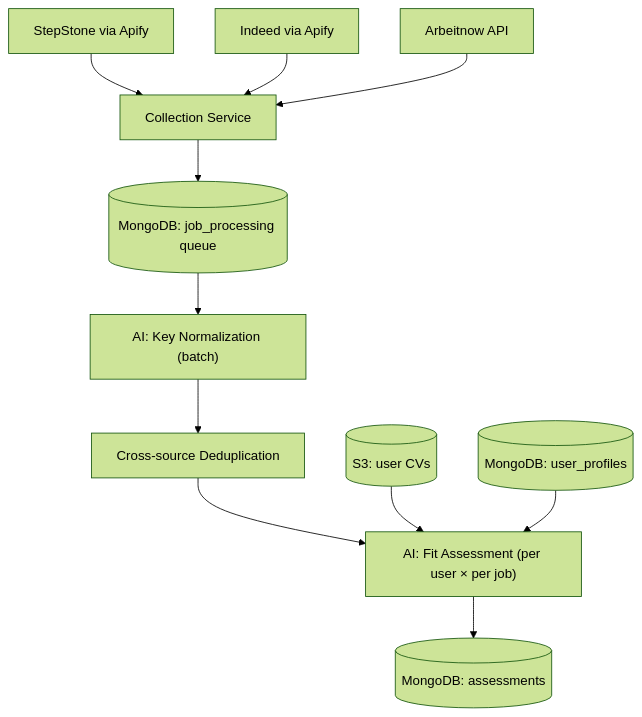
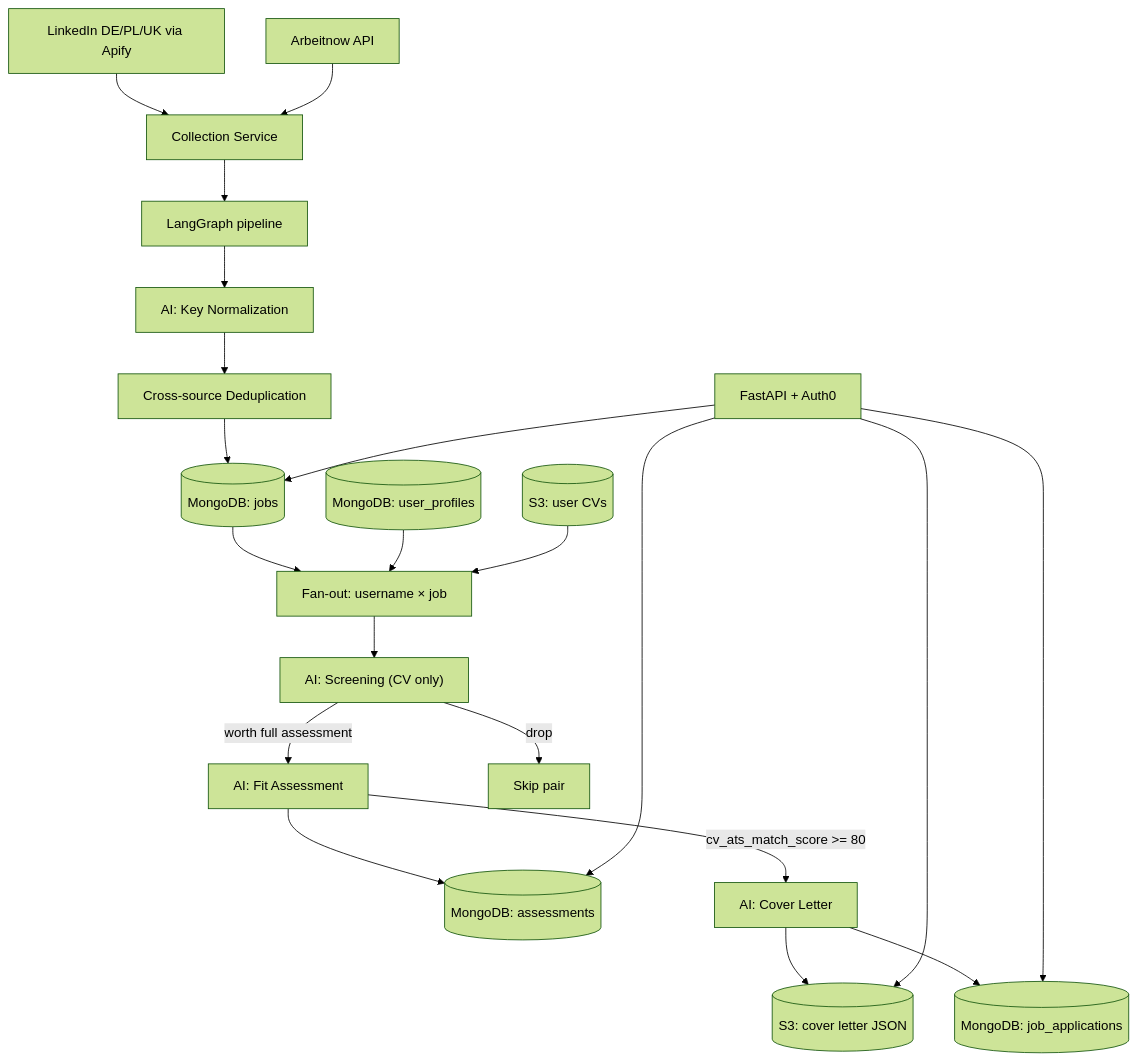
Before and after one commit to CShadiev/job-aggregator: the first of 2 diagrams in README.md, drawn with Mermaid (forest theme). The commit also changed other lines of this file, not shown here.

````diff
--- a/README.md
+++ b/README.md
@@ -33,17 +42,28 @@
 ```mermaid
 flowchart TD
-    SS[StepStone via Apify] --> COL[Collection Service]
-    IN[Indeed via Apify] --> COL
+    LI[LinkedIn DE/PL/UK via Apify] --> COL[Collection Service]
     AN[Arbeitnow API] --> COL
 
-    COL --> Q[(MongoDB: job_processing queue)]
+    COL --> LG[LangGraph pipeline]
+    LG --> KN[AI: Key Normalization]
+    KN --> DD[Cross-source Deduplication]
+    DD --> JOBS[(MongoDB: jobs)]
 
-    Q --> KN["AI: Key Normalization (batch)"]
-    KN --> DD[Cross-source Deduplication]
-    DD --> AIFIT["AI: Fit Assessment (per user × per job)"]
+    JOBS --> FAN[Fan-out: username × job]
+    UP[(MongoDB: user_profiles)] --> FAN
+    S3[(S3: user CVs)] --> FAN
+
+    FAN --> SCR["AI: Screening (CV only)"]
+    SCR -->|worth full assessment| AIFIT["AI: Fit Assessment"]
+    SCR -->|drop| SKIP[Skip pair]
 
     AIFIT --> AS[(MongoDB: assessments)]
+    AIFIT -->|cv_ats_match_score >= 80| CL[AI: Cover Letter]
+    CL --> S3CL[(S3: cover letter JSON)]
+    CL --> APP[(MongoDB: job_applications)]
 
-    S3[(S3: user CVs)] --> AIFIT
-    UP[(MongoDB: user_profiles)] --> AIFIT
+    API[FastAPI + Auth0] --> JOBS
+    API --> AS
+    API --> APP
+    API --> S3CL
 ```
````
